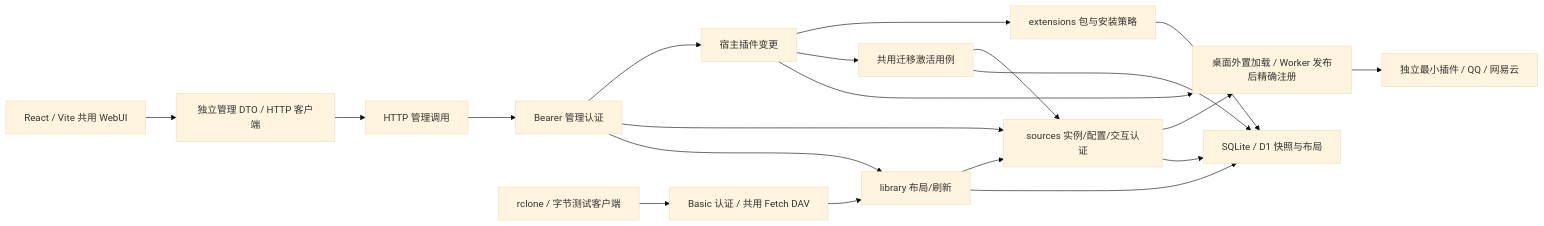
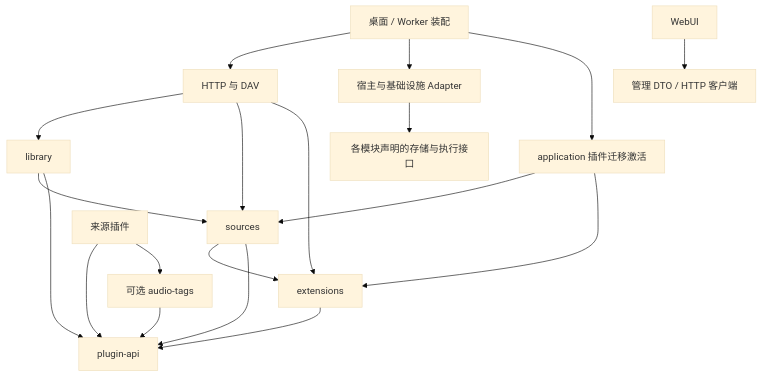
Before and after one commit to shengyusi-SYS/musicfs: the second of 13 diagrams in docs/architecture/diagrams.md, drawn with Mermaid (base theme). The commit also changed other lines of this file and 23 other files, not shown here.

Commit message:
docs: consolidate MusicFS architecture and reusable lessons

````diff
--- a/docs/architecture/diagrams.md
+++ b/docs/architecture/diagrams.md
@@ -64,22 +30,21 @@
 ```mermaid
-flowchart LR
-  Web[React / Vite 共用 WebUI] --> DTO[独立管理 DTO / HTTP 客户端]
-  DTO --> Manage[HTTP 管理调用]
-  Manage --> Auth[Bearer 管理认证]
-  Auth --> CH[宿主插件变更]
-  CH --> E[extensions 包与安装策略]
-  CH --> UC[共用迁移激活用例]
-  UC --> S
-  Auth --> S[sources 实例/配置/交互认证]
-  Auth --> L[library 布局/刷新]
-  CH --> Host[桌面外置加载 / Worker 发布后精确注册]
+flowchart TD
+  Entry[桌面 / Worker 装配] --> Transport[HTTP 与 DAV]
+  Entry --> Host[宿主与基础设施 Adapter]
+  Entry --> Usecase[application 插件迁移激活]
+  Transport --> L[library]
+  Transport --> S[sources]
+  Transport --> E[extensions]
+  Usecase --> S
+  Usecase --> E
   L --> S
-  S --> Host
-  Host --> Plugin[独立最小插件 / QQ / 网易云]
-  Client[rclone / 字节测试客户端] --> DAV[Basic 认证 / 共用 Fetch DAV]
-  DAV --> L
-  L --> Store[SQLite / D1 快照与布局]
-  S --> Store
-  E --> Store
-  UC --> Store
+  S --> E
+  Host --> Ports[各模块声明的存储与执行接口]
+  L --> API[plugin-api]
+  S --> API
+  E --> API
+  Plugins[来源插件] --> API
+  Plugins --> Tags[可选 audio-tags]
+  Tags --> API
+  Web[WebUI] --> DTO[管理 DTO / HTTP 客户端]
 ```
````
